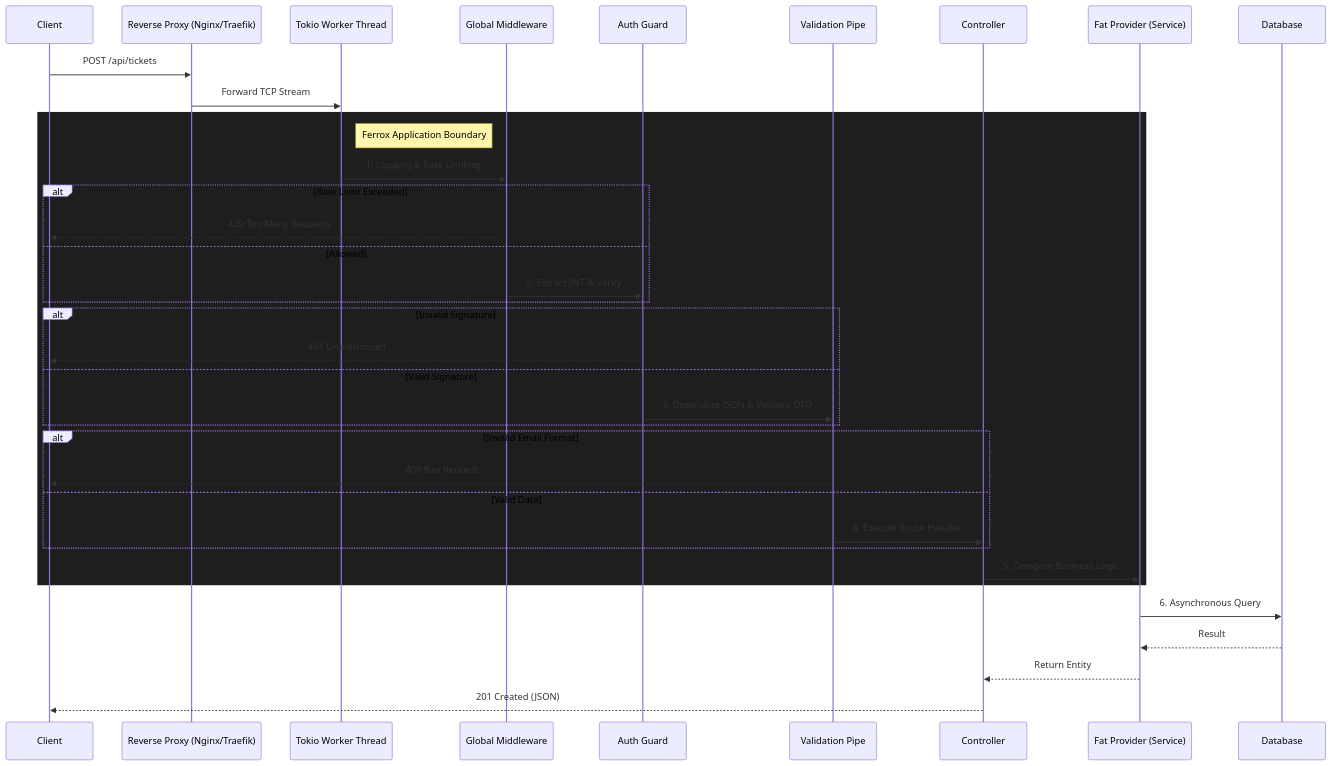
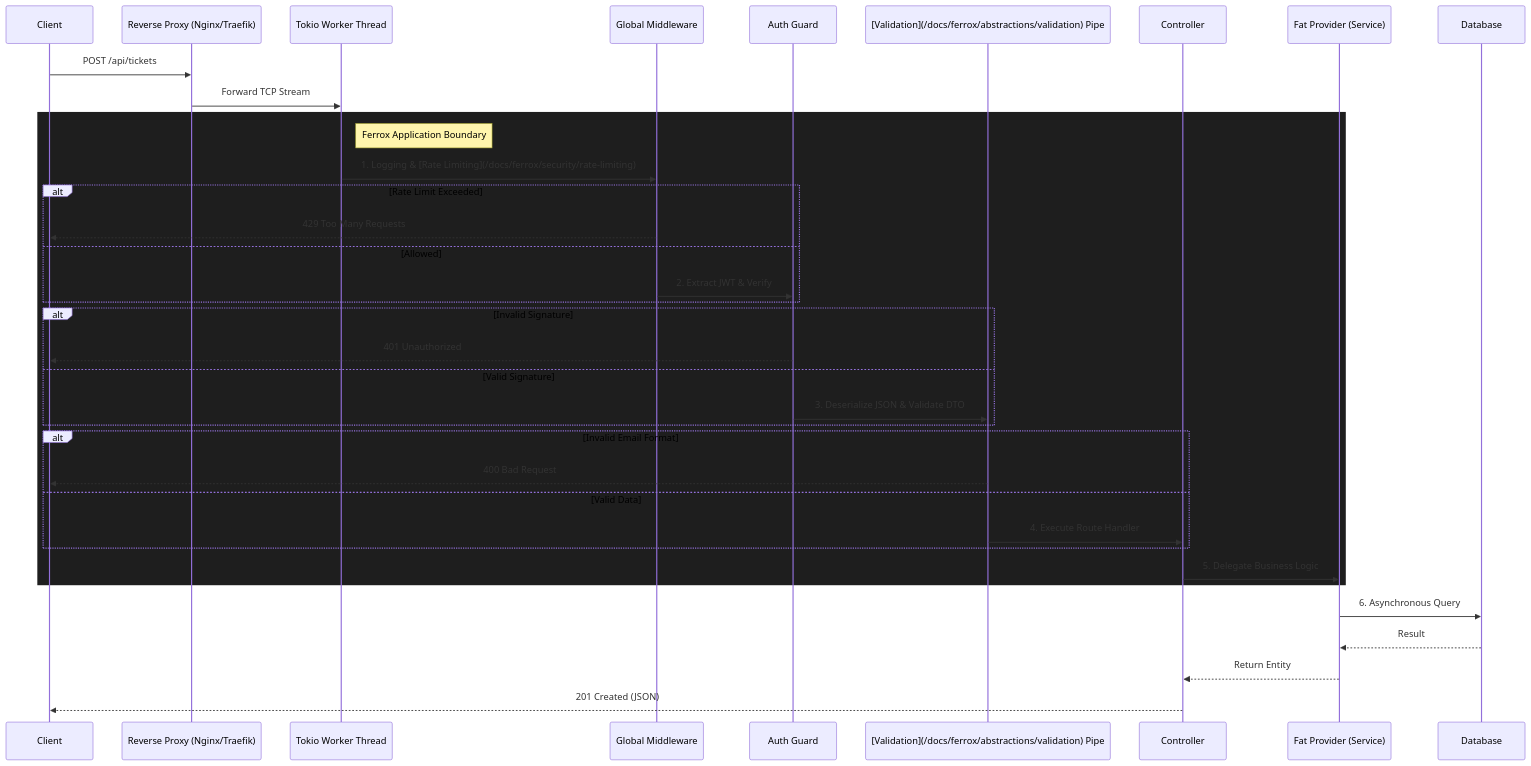
Before and after one commit to AI-Autistic-Intelligence/ferrox-docs: the first of 2 diagrams in docs/ferrox/overview/lifecycle.md, drawn with Mermaid. The commit also changed other lines of this file and 121 other files, not shown here.

````diff
--- a/docs/ferrox/overview/lifecycle.md
+++ b/docs/ferrox/overview/lifecycle.md
@@ -15,46 +15,46 @@
 ```mermaid
 sequenceDiagram
     participant Client
     participant Proxy as Reverse Proxy (Nginx/Traefik)
     participant Tokio as Tokio Worker Thread
     participant Middleware as Global Middleware
     participant Guard as Auth Guard
-    participant Pipe as Validation Pipe
+    participant Pipe as [Validation](/docs/ferrox/abstractions/validation) Pipe
     participant Controller
     participant Service as Fat Provider (Service)
     participant DB as Database
 
     Client->>Proxy: POST /api/tickets
     Proxy->>Tokio: Forward TCP Stream
     
     rect rgb(30, 30, 30)
         note right of Tokio: Ferrox Application Boundary
-        Tokio->>Middleware: 1. Logging & Rate Limiting
+        Tokio->>Middleware: 1. Logging & [Rate Limiting](/docs/ferrox/security/rate-limiting)
         
         alt Rate Limit Exceeded
             Middleware-->>Client: 429 Too Many Requests
         else Allowed
             Middleware->>Guard: 2. Extract JWT & Verify
         end
         
         alt Invalid Signature
             Guard-->>Client: 401 Unauthorized
         else Valid Signature
             Guard->>Pipe: 3. Deserialize JSON & Validate DTO
         end
         
         alt Invalid Email Format
             Pipe-->>Client: 400 Bad Request
         else Valid Data
             Pipe->>Controller: 4. Execute Route Handler
         end
         
         Controller->>Service: 5. Delegate Business Logic
     end
     
     Service->>DB: 6. Asynchronous Query
     DB-->>Service: Result
     
     Service-->>Controller: Return Entity
     Controller-->>Client: 201 Created (JSON)
 ```
````
